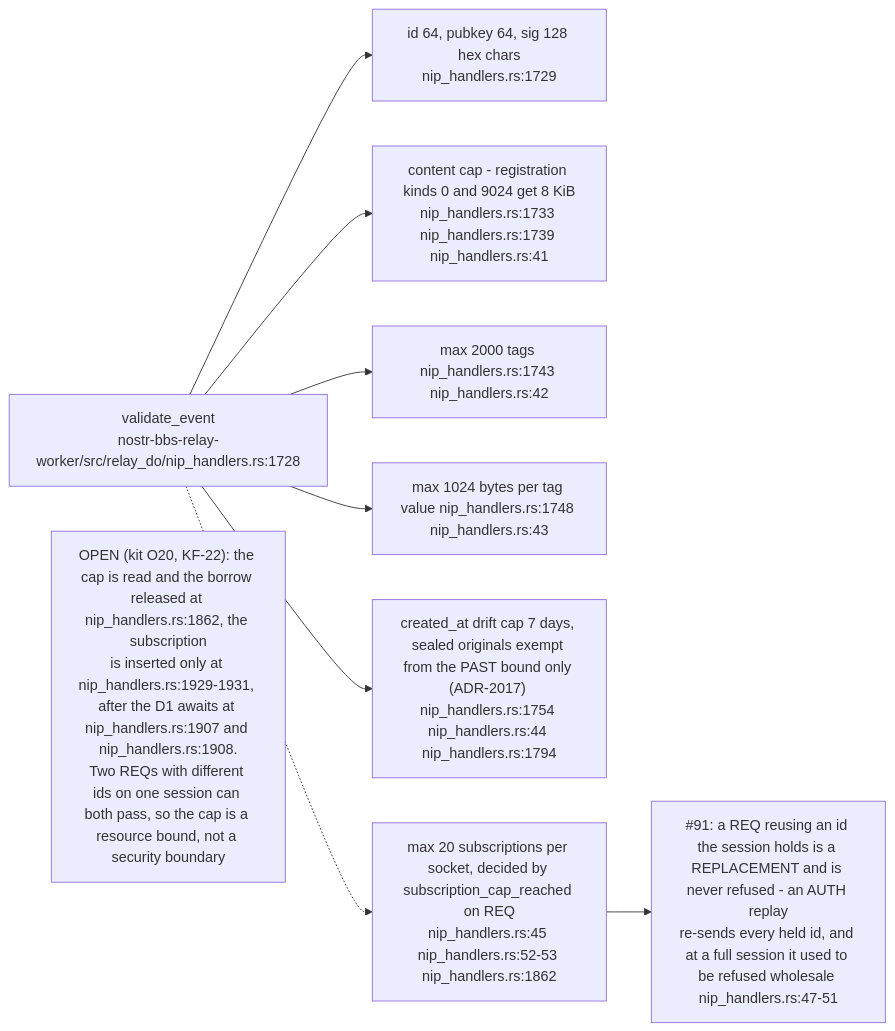
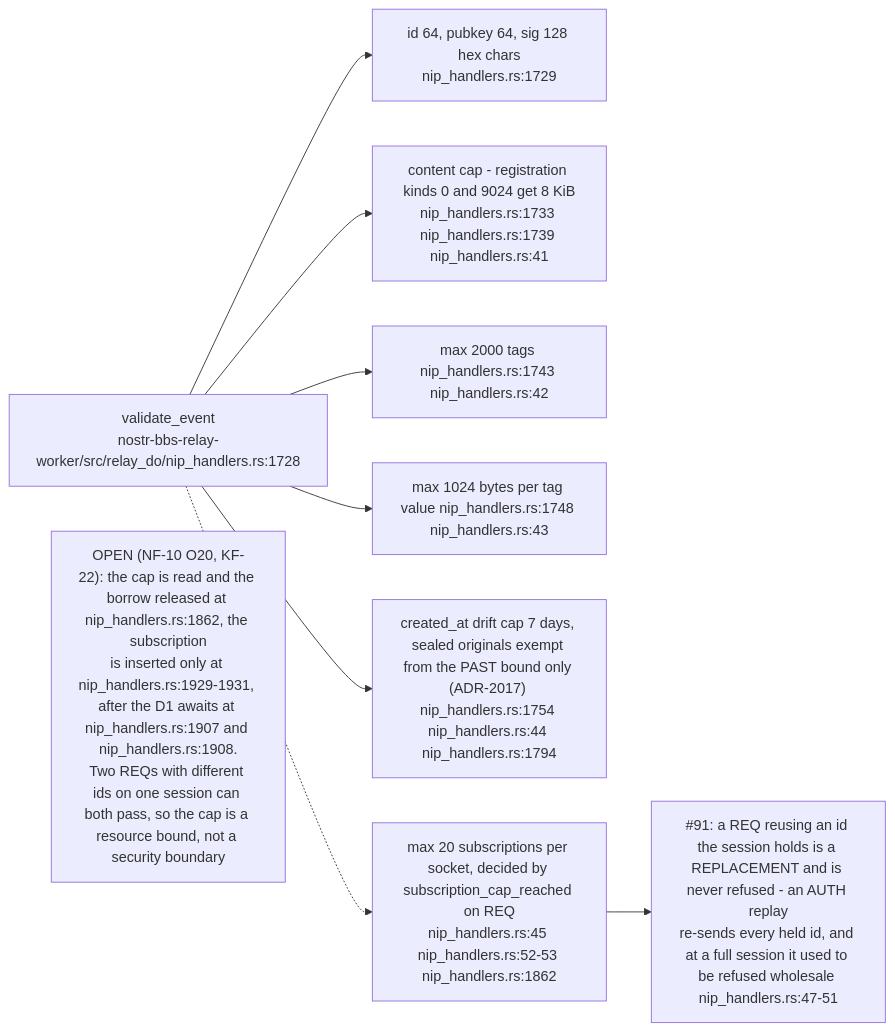
Diagram 11 of 16 in docs/diagrams/nostr-rust-forum/03-relay-worker-admission-auth-and-trust.md (DreamLab-AI/VisionFlow), drawn with Mermaid before and after one commit. The commit also changed other lines of this file and 13 other files, not shown here.

First line of the commit message:
diagrams(nostr-rust-forum): fold the last kit-only diagram content into the corpus

````diff
--- a/docs/diagrams/nostr-rust-forum/03-relay-worker-admission-auth-and-trust.md
+++ b/docs/diagrams/nostr-rust-forum/03-relay-worker-admission-auth-and-trust.md
@@ -355,16 +358,16 @@
 ```mermaid
 flowchart LR
     V["validate_event<br/>nostr-bbs-relay-worker/src/relay_do/nip_handlers.rs:1728"]
     L1["id 64, pubkey 64, sig 128 hex chars<br/>nip_handlers.rs:1729"]
     L2["content cap - registration kinds 0 and 9024 get 8 KiB<br/>nip_handlers.rs:1733 nip_handlers.rs:1739 nip_handlers.rs:41"]
     L3["max 2000 tags nip_handlers.rs:1743 nip_handlers.rs:42"]
     L4["max 1024 bytes per tag value nip_handlers.rs:1748 nip_handlers.rs:43"]
     L5["created_at drift cap 7 days, sealed originals exempt from the PAST bound only (ADR-2017) nip_handlers.rs:1754 nip_handlers.rs:44 nip_handlers.rs:1794"]
     L6["max 20 subscriptions per socket, decided by subscription_cap_reached on REQ<br/>nip_handlers.rs:45 nip_handlers.rs:52-53 nip_handlers.rs:1862"]
     L7["#91: a REQ reusing an id the session holds is a REPLACEMENT and is never refused - an AUTH replay<br/>re-sends every held id, and at a full session it used to be refused wholesale nip_handlers.rs:47-51"]
 
     V --> L1 & L2 & L3 & L4 & L5
     V -.-> L6 --> L7
 
-    N1["OPEN (kit O20, KF-22): the cap is read and the borrow released at nip_handlers.rs:1862, the subscription<br/>is inserted only at nip_handlers.rs:1929-1931, after the D1 awaits at nip_handlers.rs:1907 and nip_handlers.rs:1908.<br/>Two REQs with different ids on one session can both pass, so the cap is a resource bound, not a security boundary"]
+    N1["OPEN (NF-10 O20, KF-22): the cap is read and the borrow released at nip_handlers.rs:1862, the subscription<br/>is inserted only at nip_handlers.rs:1929-1931, after the D1 awaits at nip_handlers.rs:1907 and nip_handlers.rs:1908.<br/>Two REQs with different ids on one session can both pass, so the cap is a resource bound, not a security boundary"]
 ```
````
